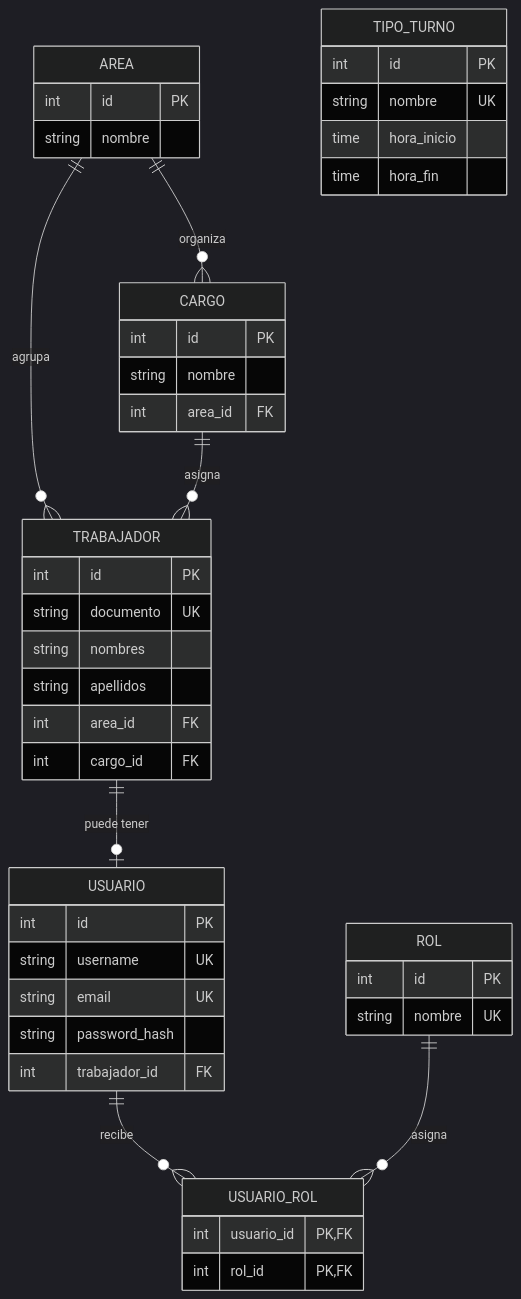
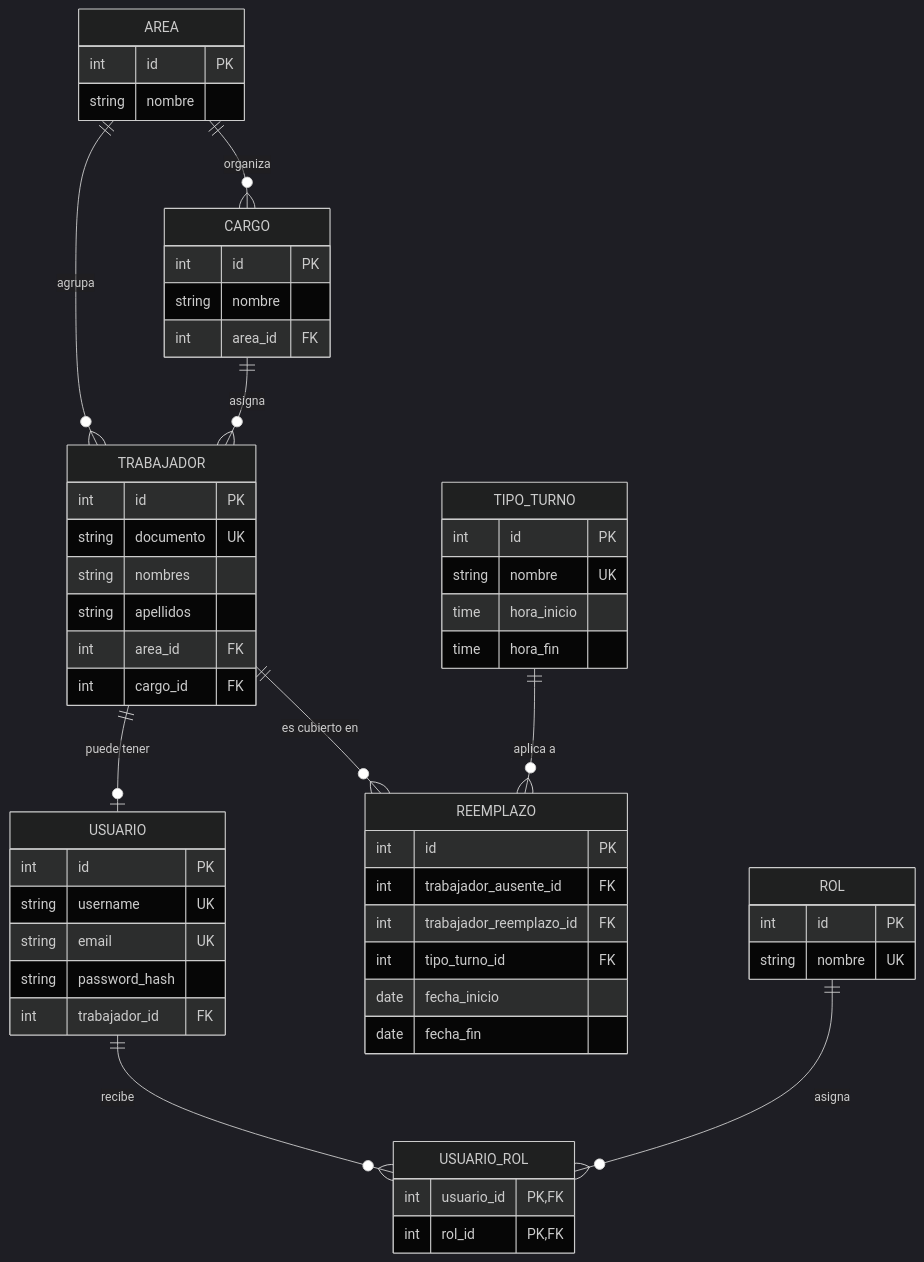
Before and after one commit to carlosedu9110/Matriz_turnos: the diagram in docs/DATABASE.md, drawn with Mermaid (dark theme). The commit also changed other lines of this file and 15 other files, not shown here.

````diff
--- a/docs/DATABASE.md
+++ b/docs/DATABASE.md
@@ -90,48 +105,58 @@
 ```mermaid
 erDiagram
     AREA ||--o{ CARGO : "organiza"
     AREA ||--o{ TRABAJADOR : "agrupa"
     CARGO ||--o{ TRABAJADOR : "asigna"
     TRABAJADOR ||--o| USUARIO : "puede tener"
+    TRABAJADOR ||--o{ REEMPLAZO : "es cubierto en"
+    TIPO_TURNO ||--o{ REEMPLAZO : "aplica a"
     USUARIO ||--o{ USUARIO_ROL : "recibe"
     ROL ||--o{ USUARIO_ROL : "asigna"
 
     AREA {
         int id PK
         string nombre
     }
     CARGO {
         int id PK
         string nombre
         int area_id FK
     }
     TRABAJADOR {
         int id PK
         string documento UK
         string nombres
         string apellidos
         int area_id FK
         int cargo_id FK
     }
     USUARIO {
         int id PK
         string username UK
         string email UK
         string password_hash
         int trabajador_id FK
     }
     ROL {
         int id PK
         string nombre UK
     }
     USUARIO_ROL {
         int usuario_id PK, FK
         int rol_id PK, FK
     }
+    REEMPLAZO {
+        int id PK
+        int trabajador_ausente_id FK
+        int trabajador_reemplazo_id FK
+        int tipo_turno_id FK
+        date fecha_inicio
+        date fecha_fin
+    }
     TIPO_TURNO {
         int id PK
         string nombre UK
         time hora_inicio
         time hora_fin
     }
 ```
````
